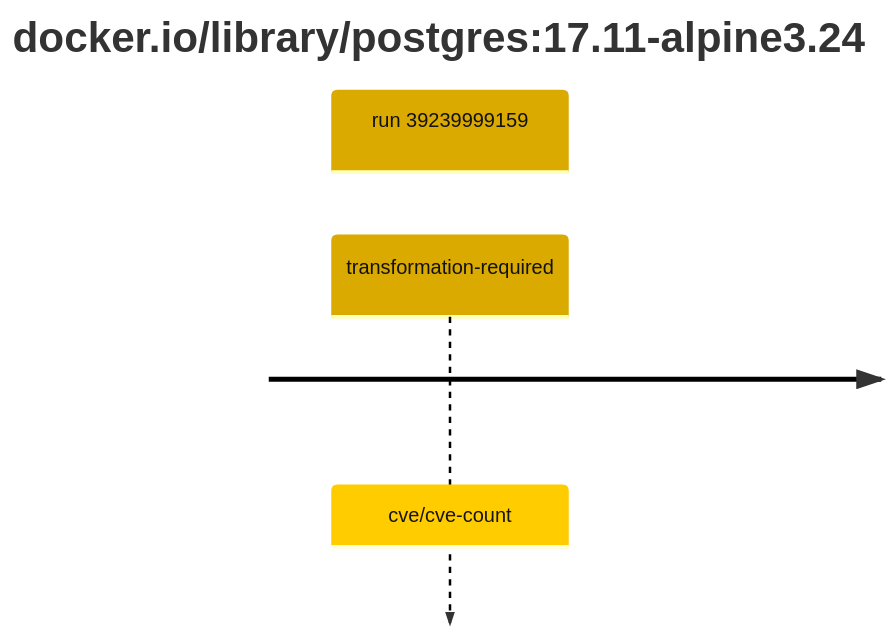
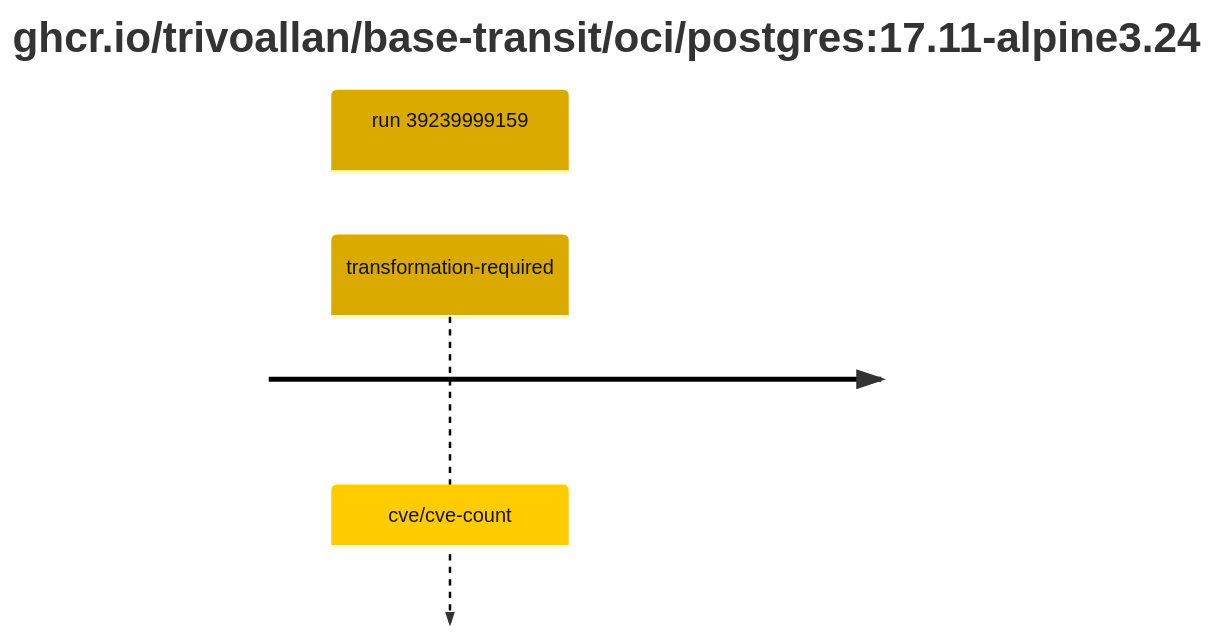
The second of 2 diagrams in results/reports/postgres-17/sha256:b0f9560a2de083e2cc7382e75f808c7381a32852a7ec49117deedb300e552b24/39239999159-1.md (trivoallan/base-images), drawn with Mermaid before and after one commit. The commit also changed other lines of this file and 6 other files, not shown here.

````diff
--- a/results/reports/postgres-17/sha256:b0f9560a2de083e2cc7382e75f808c7381a32852a7ec49117deedb300e552b24/39239999159-1.md
+++ b/results/reports/postgres-17/sha256:b0f9560a2de083e2cc7382e75f808c7381a32852a7ec49117deedb300e552b24/39239999159-1.md
@@ -5,7 +24,7 @@
 ```mermaid
 %%{init: {"theme": "default", "themeVariables": {"cScale0": "#daaa00", "cScaleLabel0": "#121212"}}}%%
 timeline
-    title docker.io/library/postgres#58;17.11-alpine3.24
+    title ghcr.io/trivoallan/base-transit/oci/postgres#58;17.11-alpine3.24
     section run 39239999159
         transformation-required : cve/cve-count
 ```
````
